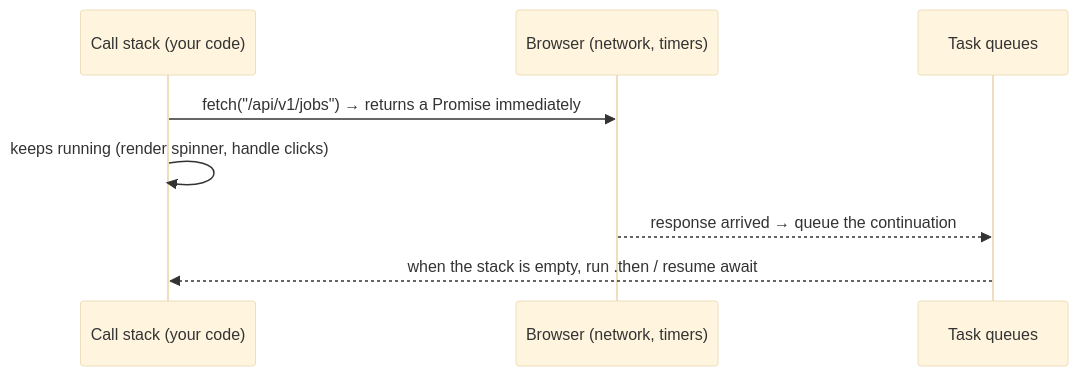
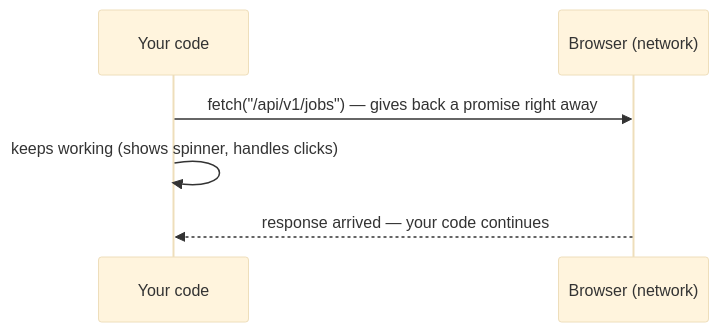
The diagram in content/modules/m4/w1/07-async-javascript-and-fetch.md (MuhammadIsmailHasan/fsse-ai-handbook), drawn with Mermaid (base theme) before and after one commit. The commit also changed other lines of this file and 2 other files, not shown here.

````diff
--- a/content/modules/m4/w1/07-async-javascript-and-fetch.md
+++ b/content/modules/m4/w1/07-async-javascript-and-fetch.md
@@ -53,10 +66,8 @@
 ```mermaid
 sequenceDiagram
-    participant JS as Call stack (your code)
-    participant API as Browser (network, timers)
-    participant Q as Task queues
-    JS->>API: fetch("/api/v1/jobs") → returns a Promise immediately
-    JS->>JS: keeps running (render spinner, handle clicks)
-    API-->>Q: response arrived → queue the continuation
-    Q-->>JS: when the stack is empty, run .then / resume await
+    participant Code as Your code
+    participant Browser as Browser (network)
+    Code->>Browser: fetch("/api/v1/jobs") — gives back a promise right away
+    Code->>Code: keeps working (shows spinner, handles clicks)
+    Browser-->>Code: response arrived — your code continues
 ```
````
